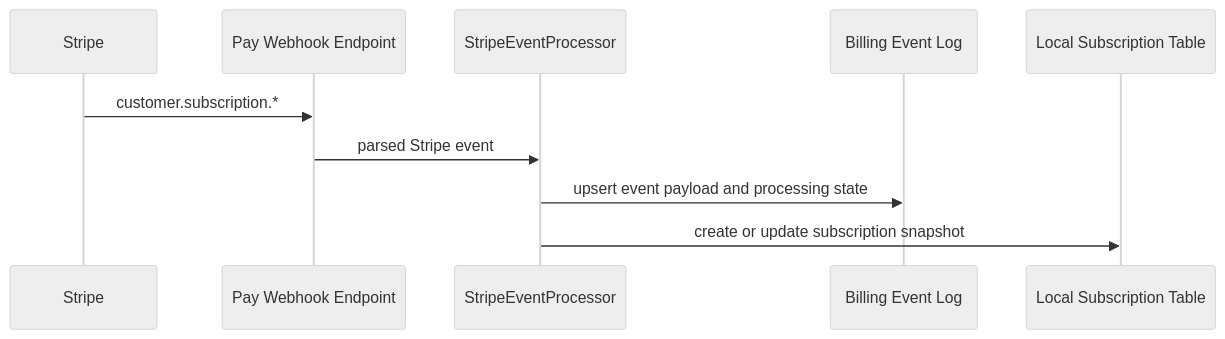
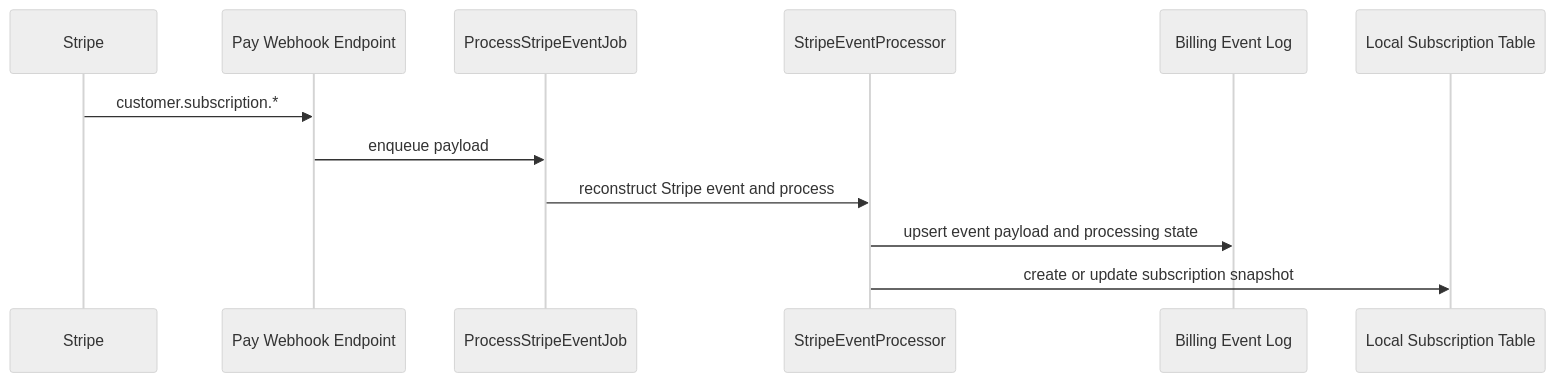
One commit to better-together-org/community-engine-rails changed the diagram in docs/payments-stripe-webhook-operations.md. Above: the diagram before and after it, drawn with Mermaid (neutral theme). The commit also changed other lines of this file and 5 other files, not shown here.

````diff
--- a/docs/payments-stripe-webhook-operations.md
+++ b/docs/payments-stripe-webhook-operations.md
@@ -7,13 +7,15 @@
 ```mermaid
 sequenceDiagram
   participant Stripe
   participant Pay as Pay Webhook Endpoint
+  participant Job as ProcessStripeEventJob
   participant Processor as StripeEventProcessor
   participant EventLog as Billing Event Log
   participant Subs as Local Subscription Table
 
   Stripe->>Pay: customer.subscription.*
-  Pay->>Processor: parsed Stripe event
+  Pay->>Job: enqueue payload
+  Job->>Processor: reconstruct Stripe event and process
   Processor->>EventLog: upsert event payload and processing state
   Processor->>Subs: create or update subscription snapshot
 ```
````
